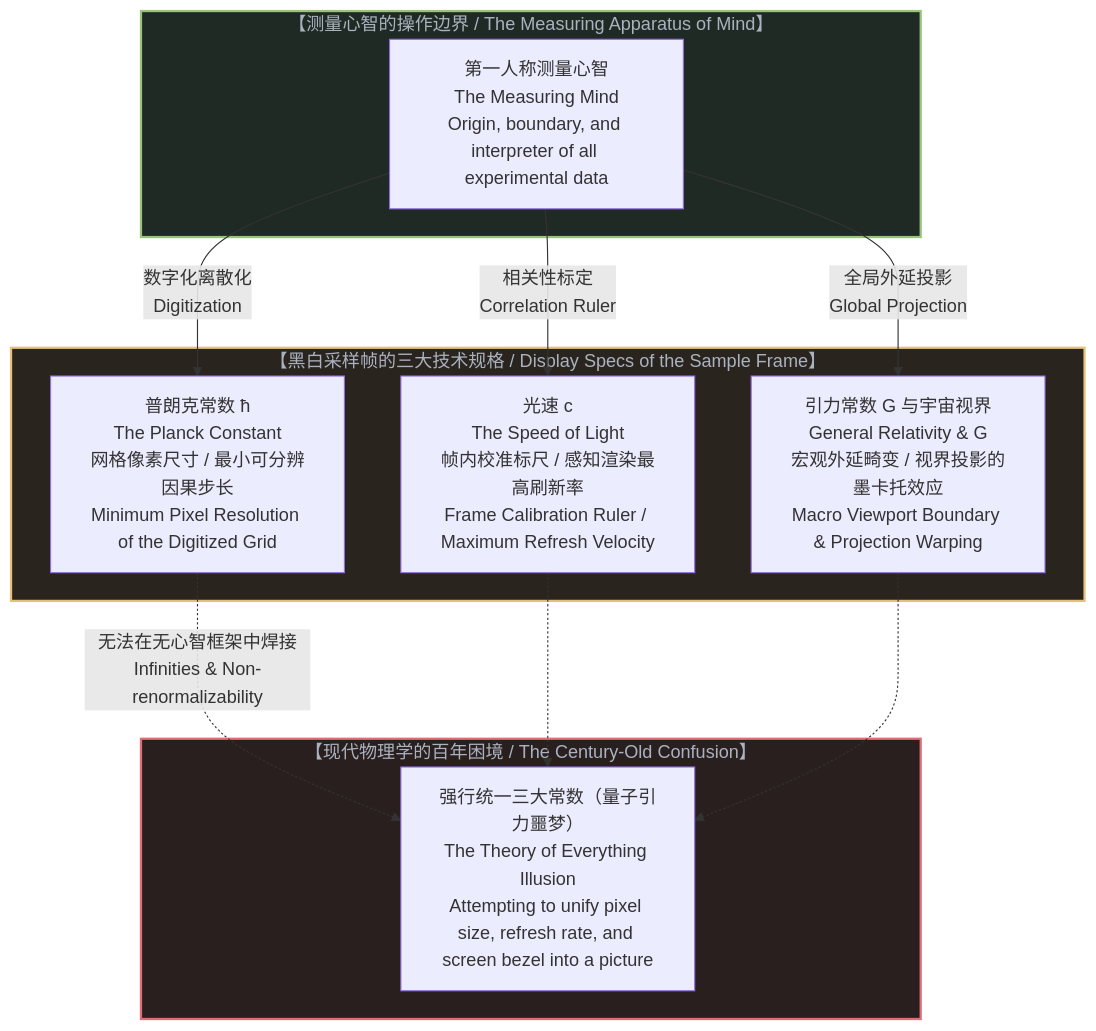
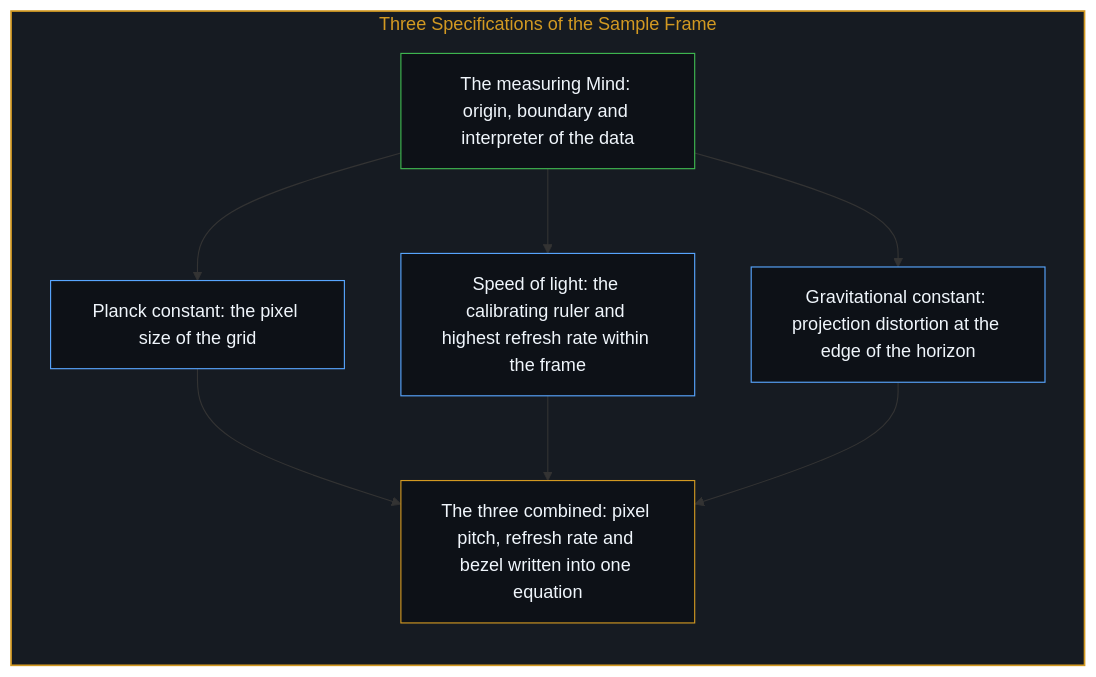
The eighth of 12 diagrams in content/posts/the-black-and-white-sample-frame-and-the-extrapolated-universe.md (powerpig99/not-a-toe), drawn with Mermaid before and after one commit. The commit also changed other lines of this file and 2 other files, not shown here.

Commit message:
Refine the-black-and-white-sample-frame: alternating bilingual layout, six paired diagrams, constants as readings, implicit first person

````diff
--- a/content/posts/the-black-and-white-sample-frame-and-the-extrapolated-universe.md
+++ b/content/posts/the-black-and-white-sample-frame-and-the-extrapolated-universe.md
@@ -189,28 +258,24 @@
 ```mermaid
-graph TD
-    subgraph TheMeasuringMind["【测量心智的操作边界 / The Measuring Apparatus of Mind】"]
-        Mind["第一人称测量心智<br>The Measuring Mind<br>Origin, boundary, and interpreter of all experimental data"]
+flowchart TD
+    subgraph S_Specs["Three Specifications of the Sample Frame"]
+        direction TB
+        Mind["The measuring Mind: origin, boundary and interpreter of the data"]
+        Planck["Planck constant: the pixel size of the grid"]
+        Light["Speed of light: the calibrating ruler and highest refresh rate within the frame"]
+        Gravity["Gravitational constant: projection distortion at the edge of the horizon"]
+        Unify["The three combined: pixel pitch, refresh rate and bezel written into one equation"]
+        Mind --> Planck
+        Mind --> Light
+        Mind --> Gravity
+        Planck --> Unify
+        Light --> Unify
+        Gravity --> Unify
     end
 
-    subgraph ThreeBoundaries["【黑白采样帧的三大技术规格 / Display Specs of the Sample Frame】"]
-        Planck["普朗克常数 ħ<br>The Planck Constant<br>网格像素尺寸 / 最小可分辨因果步长<br>Minimum Pixel Resolution of the Digitized Grid"]
-        LightSpeed["光速 c<br>The Speed of Light<br>帧内校准标尺 / 感知渲染最高刷新率<br>Frame Calibration Ruler / Maximum Refresh Velocity"]
-        Gravitational["引力常数 G 与宇宙视界<br>General Relativity & G<br>宏观外延畸变 / 视界投影的墨卡托效应<br>Macro Viewport Boundary & Projection Warping"]
-    end
-
-    Mind -->|"数字化离散化<br>Digitization"| Planck
-    Mind -->|"相关性标定<br>Correlation Ruler"| LightSpeed
-    Mind -->|"全局外延投影<br>Global Projection"| Gravitational
-
-    subgraph TheoreticalConfusion["【现代物理学的百年困境 / The Century-Old Confusion】"]
-        UnificationCrisis["强行统一三大常数（量子引力噩梦）<br>The Theory of Everything Illusion<br>Attempting to unify pixel size, refresh rate, and screen bezel into a picture"]
-    end
-
-    Planck -.->|"无法在无心智框架中焊接<br>Infinities & Non-renormalizability"| UnificationCrisis
-    LightSpeed -.-> UnificationCrisis
-    Gravitational -.-> UnificationCrisis
-
-    style TheMeasuringMind fill:#1f2a24,stroke:#98c379,stroke-width:2px,color:#abb2bf
-    style ThreeBoundaries fill:#2a241f,stroke:#e5c07b,stroke-width:2px,color:#abb2bf
-    style TheoreticalConfusion fill:#2a1f1f,stroke:#e06c75,stroke-width:2px,color:#abb2bf
+    style S_Specs fill:#161b22,stroke:#d29922,stroke-width:1.5px,color:#d29922
+    style Mind fill:#0d1117,stroke:#3fb950,stroke-width:1px,color:#f0f6fc
+    style Planck fill:#0d1117,stroke:#58a6ff,stroke-width:1px,color:#f0f6fc
+    style Light fill:#0d1117,stroke:#58a6ff,stroke-width:1px,color:#f0f6fc
+    style Gravity fill:#0d1117,stroke:#58a6ff,stroke-width:1px,color:#f0f6fc
+    style Unify fill:#0d1117,stroke:#d29922,stroke-width:1px,color:#f0f6fc
 ```
````
